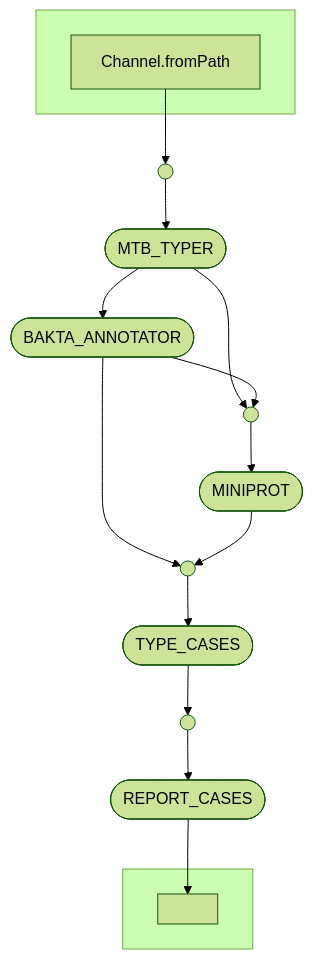
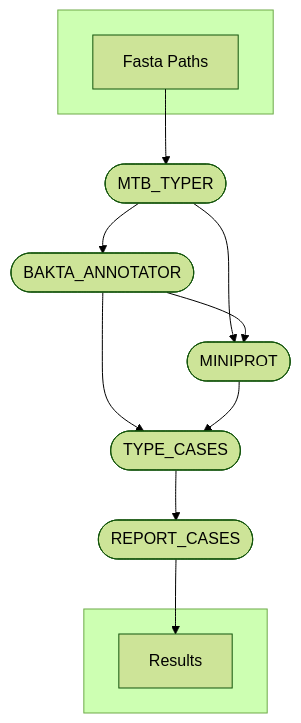
One commit to PathoGenOmics-Lab/AMAP changed the diagram in README.md. Above: the diagram before and after it, drawn with Mermaid. The commit also changed other lines of this file, not shown here.

````diff
--- a/README.md
+++ b/README.md
@@ -16,31 +16,23 @@
 ```mermaid
 %%{init: { 'theme': 'forest' } }%%
 flowchart TB
     subgraph " "
-    v0["Channel.fromPath"]
+    v0["Fasta Paths"]
     end
     v3([MTB_TYPER])
     v4([BAKTA_ANNOTATOR])
     v6([MINIPROT])
     v8([TYPE_CASES])
     v10([REPORT_CASES])
     subgraph " "
-    v11[" "]
+    v11["Results"]
     end
-    v1(( ))
-    v5(( ))
-    v7(( ))
-    v9(( ))
-    v0 --> v1
-    v1 --> v3
+    v0 --> v3
     v3 --> v4
-    v3 --> v5
-    v4 --> v5
-    v4 --> v7
-    v5 --> v6
-    v6 --> v7
-    v7 --> v8
-    v8 --> v9
-    v9 --> v10
+    v3 --> v6
+    v4 --> v6
+    v4 --> v8
+    v6 --> v8
+    v8 --> v10
     v10 --> v11
 ```
````
